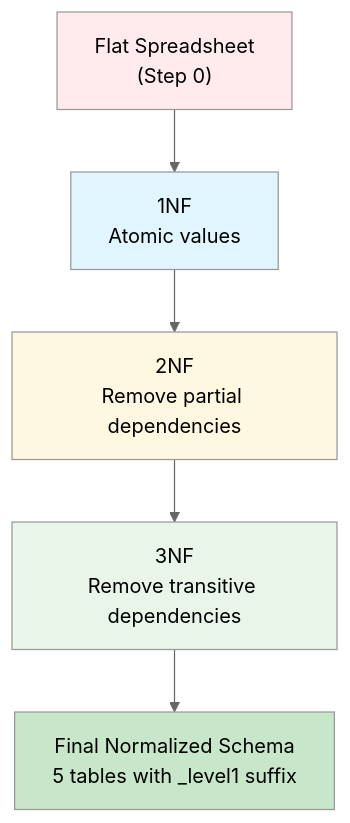
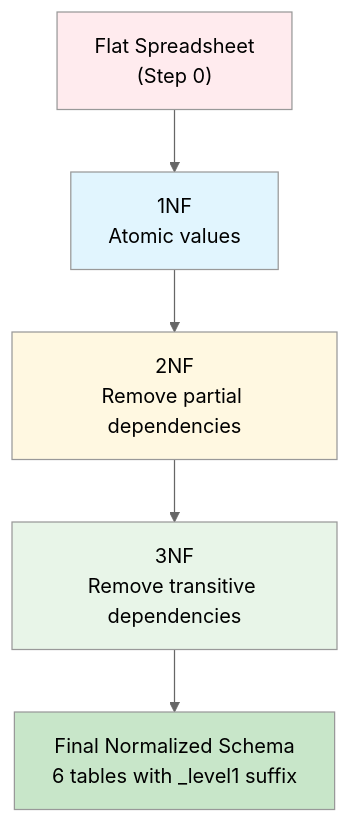
One commit to uniqueumamaheswari-universe/SQLVerse changed the second of 3 diagrams in Level-1-beginner/Guides/SECTION1_COMPLETION.md. Above: the diagram before and after it, drawn with Mermaid (neutral theme). The commit also changed other lines of this file, not shown here.

````diff
--- a/Level-1-beginner/Guides/SECTION1_COMPLETION.md
+++ b/Level-1-beginner/Guides/SECTION1_COMPLETION.md
@@ -258,13 +352,13 @@
 ```mermaid
 flowchart TD
     A["Flat Spreadsheet<br/>(Step 0)"] --> B["1NF<br/>Atomic values"]
     B --> C["2NF<br/>Remove partial dependencies"]
     C --> D["3NF<br/>Remove transitive dependencies"]
-    D --> E["Final Normalized Schema<br/>5 tables with _level1 suffix"]
+    D --> E["Final Normalized Schema<br/>6 tables with _level1 suffix"]
     
     style A fill:#ffebee
     style B fill:#e1f5fe
     style C fill:#fff8e1
     style D fill:#e8f5e8
     style E fill:#c8e6c9
 ```
````
